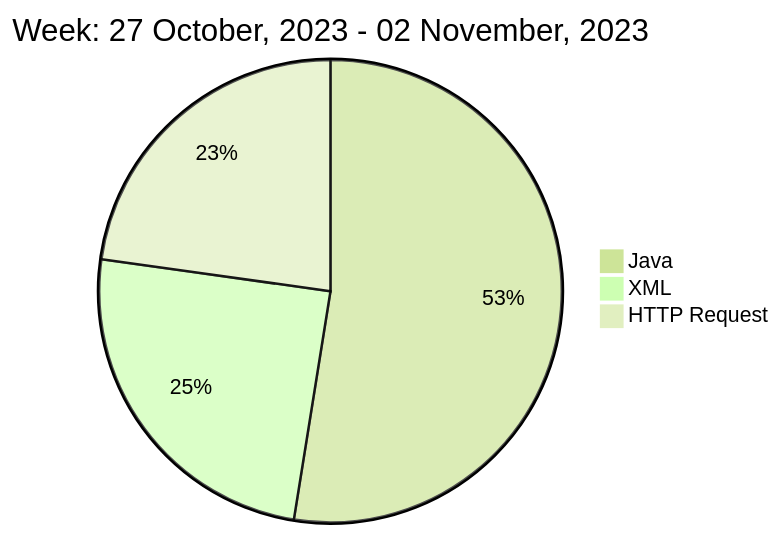
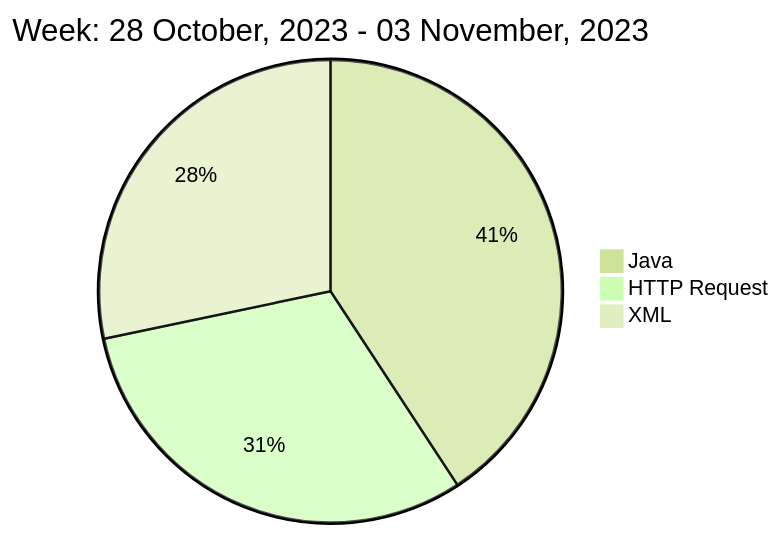
Before and after one commit to liubin95/liubin95: the diagram in README.md, drawn with Mermaid (forest theme).

Commit message:
Updated the Graph with new Metrics

````diff
--- a/README.md
+++ b/README.md
@@ -40,7 +40,7 @@
 ```mermaid
  pie
-title Week: 27 October, 2023 - 02 November, 2023
- "Java" : 4.15
- "XML" : 1.95
- "HTTP Request" : 1.8
+title Week: 28 October, 2023 - 03 November, 2023
+ "Java" : 3.07
+ "HTTP Request" : 2.33
+ "XML" : 2.13
 ```
````
